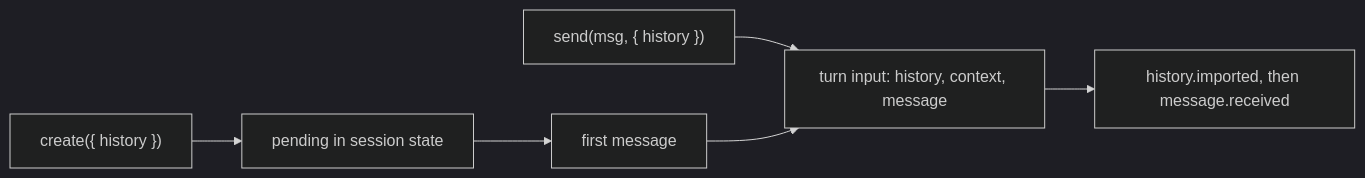
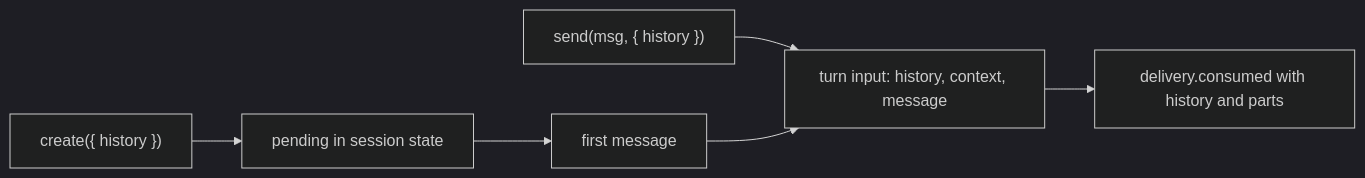
Before and after one commit to B-Step62/eve: the diagram in research/session-history-seeding.md, drawn with Mermaid (dark theme). The commit also changed other lines of this file and 1299 other files, not shown here.

````diff
--- a/research/session-history-seeding.md
+++ b/research/session-history-seeding.md
@@ -113,8 +117,8 @@
 ```mermaid
 flowchart LR
   Create["create({ history })"] --> Pending["pending in session state"]
   Pending --> First["first message"]
   Send["send(msg, { history })"] --> Turn["turn input: history, context, message"]
   First --> Turn
-  Turn --> Event["history.imported, then message.received"]
+  Turn --> Event["delivery.consumed with history and parts"]
 ```
````
